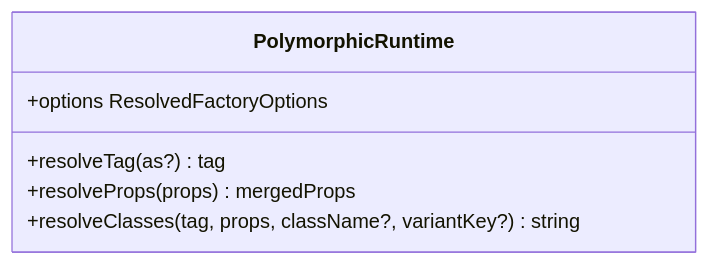
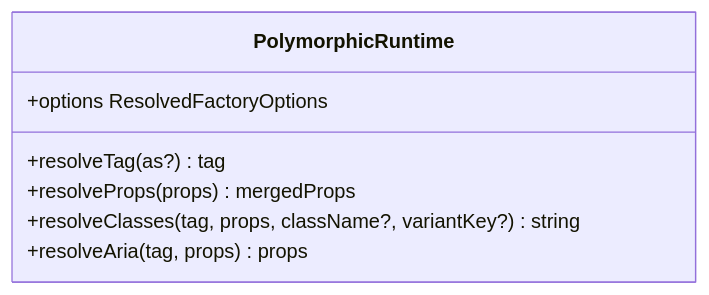
Before and after one commit to slowebworkz/praxis-kit: the second of 10 diagrams in ARCHITECTURE.md, drawn with Mermaid. The commit also changed other lines of this file and 26 other files, not shown here.

````diff
--- a/ARCHITECTURE.md
+++ b/ARCHITECTURE.md
@@ -100,9 +101,10 @@
 ```mermaid
 classDiagram
     class PolymorphicRuntime {
         +resolveTag(as?) tag
         +resolveProps(props) mergedProps
         +resolveClasses(tag, props, className?, variantKey?) string
+        +resolveAria(tag, props) props
         +options ResolvedFactoryOptions
     }
 ```
````
